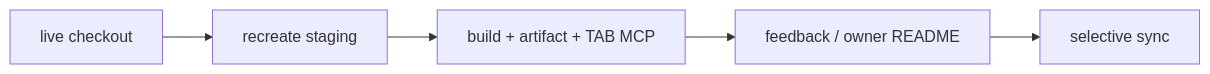
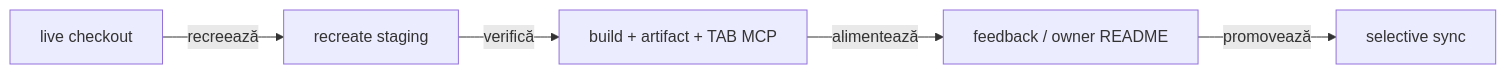
The sixth of 6 diagrams in docs/ATF_Build_And_Execution_Safety.md (crististefanita/demo2), drawn with Mermaid before and after one commit. The commit also changed other lines of this file and 52 other files, not shown here.

````diff
--- a/docs/ATF_Build_And_Execution_Safety.md
+++ b/docs/ATF_Build_And_Execution_Safety.md
@@ -198,7 +198,7 @@
 ```mermaid
 flowchart LR
-    Live["live checkout"] --> Recreate["recreate staging"]
-    Recreate --> Verify["build + artifact + TAB MCP"]
-    Verify --> Feedback["feedback / owner README"]
-    Feedback --> Promote["selective sync"]
+    Live["live checkout"] -->|recreează| Recreate["recreate staging"]
+    Recreate -->|verifică| Verify["build + artifact + TAB MCP"]
+    Verify -->|alimentează| Feedback["feedback / owner README"]
+    Feedback -->|promovează| Promote["selective sync"]
 ```
````
